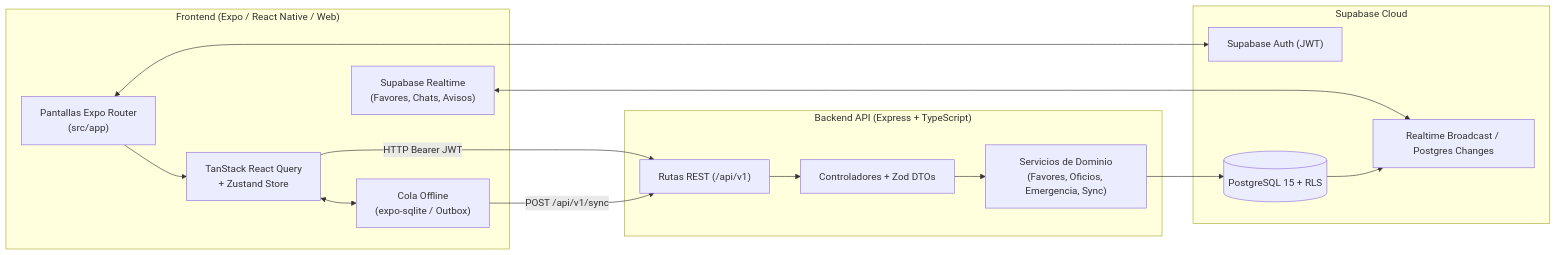
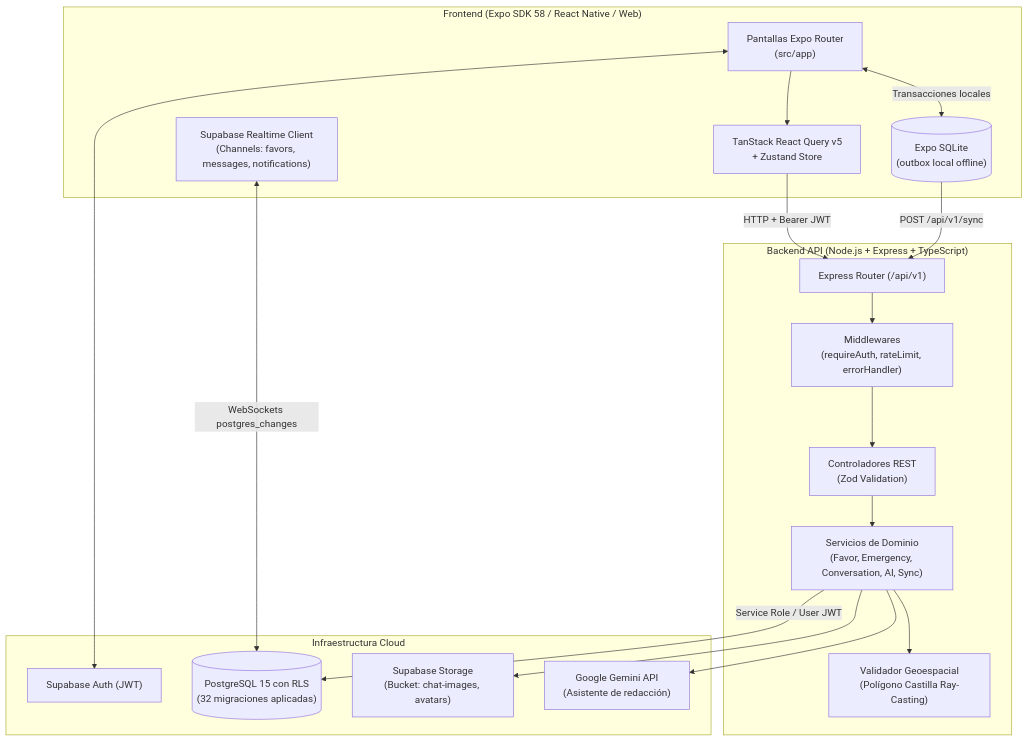
The diagram in README.md (Projects-XD/barrio-front), drawn with Mermaid before and after one commit. The commit also changed other lines of this file and 1 other file, not shown here.

Commit message:
docs: actualizar README.md al 100% con arquitectura completa, 32 migraciones y alineacion con rubrica de hackaton

````diff
--- a/README.md
+++ b/README.md
@@ -27,30 +51,36 @@
 ```mermaid
-flowchart LR
-  subgraph Cliente["Frontend (Expo / React Native / Web)"]
+flowchart TD
+  subgraph Cliente["Frontend (Expo SDK 58 / React Native / Web)"]
     UI["Pantallas Expo Router\n(src/app)"]
-    RQ["TanStack React Query\n+ Zustand Store"]
-    SQLite["Cola Offline\n(expo-sqlite / Outbox)"]
-    RT["Supabase Realtime\n(Favores, Chats, Avisos)"]
+    RQ["TanStack React Query v5\n+ Zustand Store"]
+    SQLite[("Expo SQLite\n(outbox local offline)")]
+    RTClient["Supabase Realtime Client\n(Channels: favors, messages, notifications)"]
   end
 
-  subgraph Servidor["Backend API (Express + TypeScript)"]
-    Routes["Rutas REST (/api/v1)"]
-    Ctrl["Controladores + Zod DTOs"]
-    Svc["Servicios de Dominio\n(Favores, Oficios, Emergencia, Sync)"]
+  subgraph Servidor["Backend API (Node.js + Express + TypeScript)"]
+    Router["Express Router (/api/v1)"]
+    MW["Middlewares\n(requireAuth, rateLimit, errorHandler)"]
+    Controllers["Controladores REST\n(Zod Validation)"]
+    Services["Servicios de Dominio\n(Favor, Emergency, Conversation, AI, Sync)"]
+    Geo["Validador Geoespacial\n(Polígono Castilla Ray-Casting)"]
   end
 
-  subgraph Cloud["Supabase Cloud"]
-    Auth["Supabase Auth (JWT)"]
-    PG[("PostgreSQL 15 + RLS")]
-    Realtime["Realtime Broadcast / Postgres Changes"]
+  subgraph Cloud["Infraestructura Cloud"]
+    SupaAuth["Supabase Auth (JWT)"]
+    PostgreSQL[("PostgreSQL 15 con RLS\n(32 migraciones aplicadas)")]
+    SupaStorage["Supabase Storage\n(Bucket: chat-images, avatars)"]
+    Gemini["Google Gemini API\n(Asistente de redacción)"]
   end
 
   UI --> RQ
-  RQ -->|HTTP Bearer JWT| Routes
-  RQ <--> SQLite
-  SQLite -->|POST /api/v1/sync| Routes
-  Routes --> Ctrl --> Svc --> PG
-  UI <--> Auth
-  RT <--> Realtime
-  PG --> Realtime
+  RQ -->|HTTP + Bearer JWT| Router
+  UI <-->|Transacciones locales| SQLite
+  SQLite -->|POST /api/v1/sync| Router
+  Router --> MW --> Controllers --> Services
+  Services --> Geo
+  Services -->|Service Role / User JWT| PostgreSQL
+  Services --> SupaStorage
+  Services --> Gemini
+  UI <--> SupaAuth
+  RTClient <-->|WebSockets postgres_changes| PostgreSQL
 ```
````
